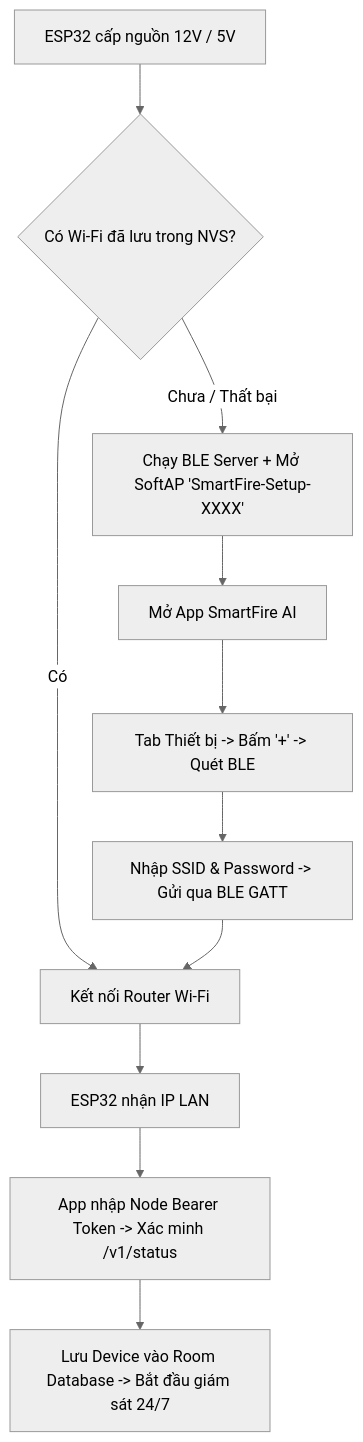
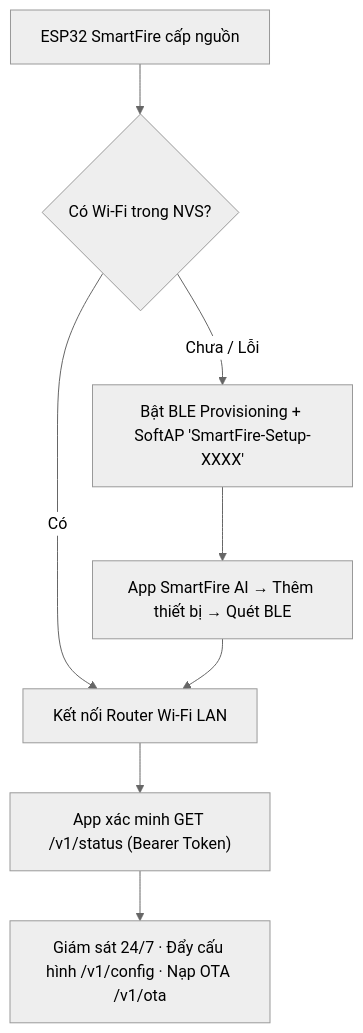
Before and after one commit to NirussVn0/Smartfire-AI: the diagram in README.md, drawn with Mermaid (neutral theme). The commit also changed other lines of this file and 1 other file, not shown here.

````diff
--- a/README.md
+++ b/README.md
@@ -74,13 +71,10 @@
 ```mermaid
 flowchart TD
-    A["ESP32 cấp nguồn 12V / 5V"] --> B{"Có Wi-Fi đã lưu trong NVS?"}
-    B -- Có --> C["Kết nối Router Wi-Fi"]
-    B -- Chưa / Thất bại --> D["Chạy BLE Server + Mở SoftAP 'SmartFire-Setup-XXXX'"]
-    D --> E["Mở App SmartFire AI"]
-    E --> F["Tab Thiết bị -> Bấm '+' -> Quét BLE"]
-    F --> G["Nhập SSID & Password -> Gửi qua BLE GATT"]
-    G --> C
-    C --> H["ESP32 nhận IP LAN"]
-    H --> I["App nhập Node Bearer Token -> Xác minh /v1/status"]
-    I --> J["Lưu Device vào Room Database -> Bắt đầu giám sát 24/7"]
+    A["ESP32 SmartFire cấp nguồn"] --> B{"Có Wi-Fi trong NVS?"}
+    B -- Có --> C["Kết nối Router Wi-Fi LAN"]
+    B -- Chưa / Lỗi --> D["Bật BLE Provisioning + SoftAP 'SmartFire-Setup-XXXX'"]
+    D --> E["App SmartFire AI → Thêm thiết bị → Quét BLE"]
+    E --> C
+    C --> F["App xác minh GET /v1/status (Bearer Token)"]
+    F --> G["Giám sát 24/7 · Đẩy cấu hình /v1/config · Nạp OTA /v1/ota"]
 ```
````
